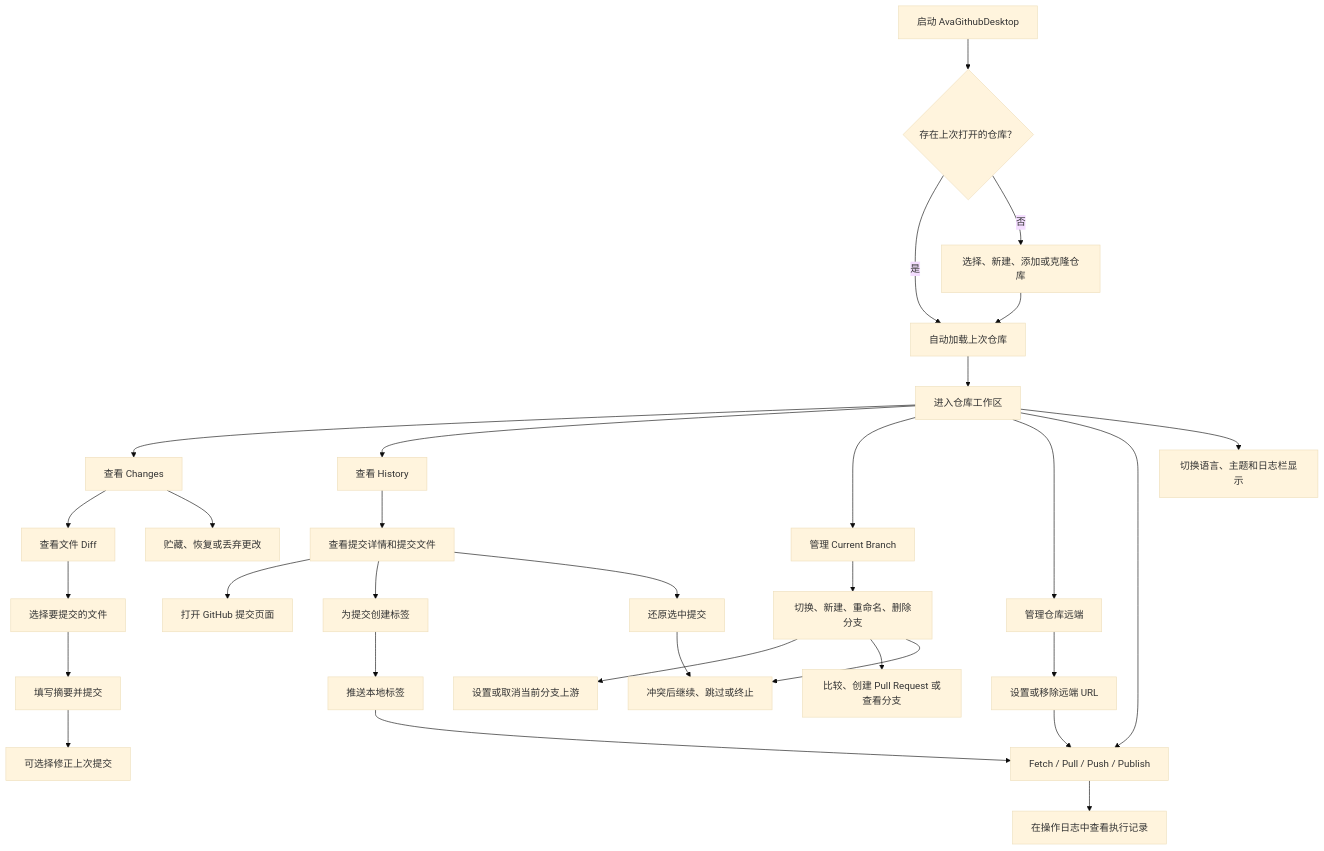
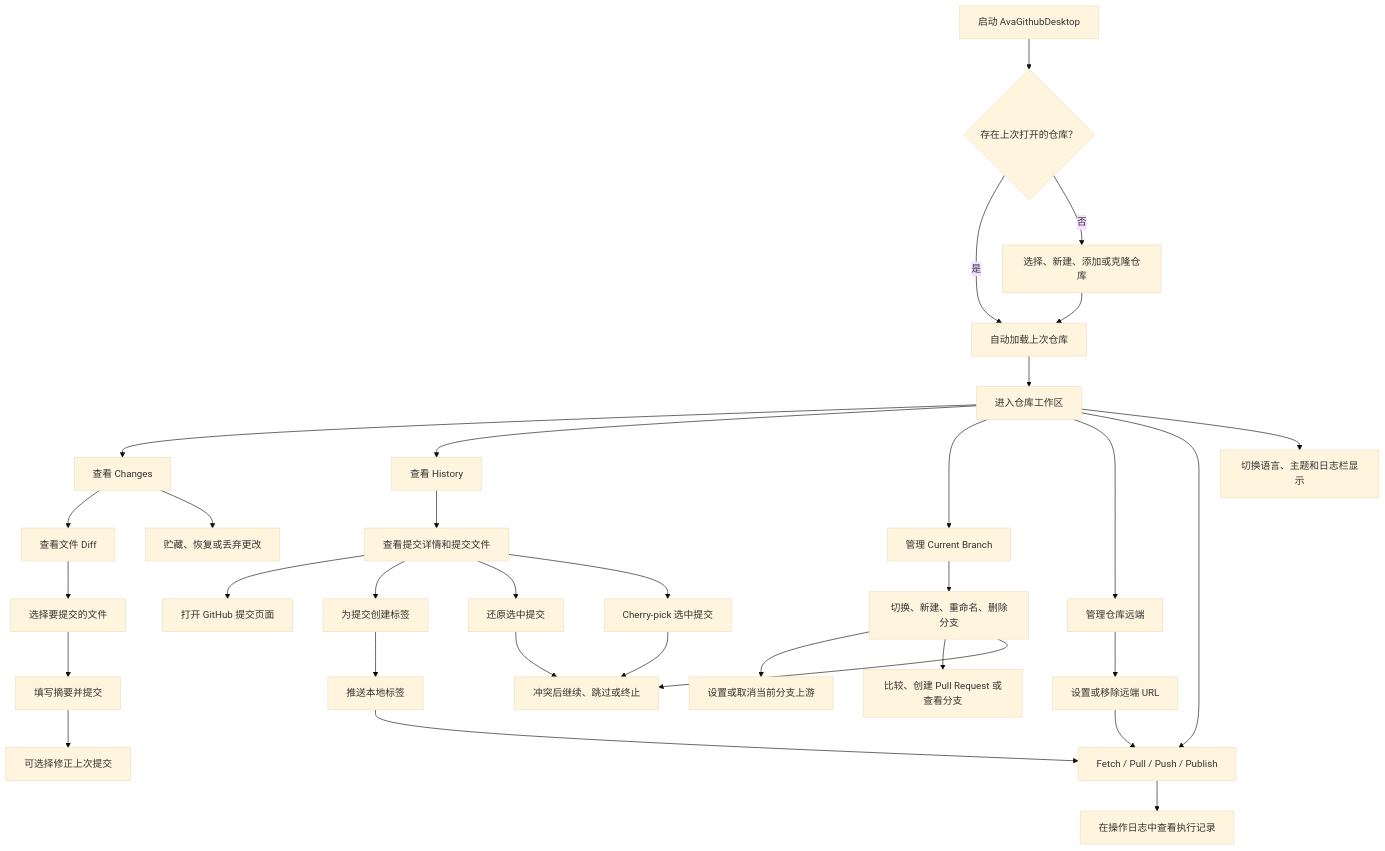
Before and after one commit to dotnet9/AvaGithubDesktop: the diagram in docs/AvaGithubDesktop需求文档.md, drawn with Mermaid (base theme). The commit also changed other lines of this file and 11 other files, not shown here.

Commit message:
feat: add commit cherry-pick action

````diff
--- a/docs/AvaGithubDesktop需求文档.md
+++ b/docs/AvaGithubDesktop需求文档.md
@@ -42,33 +43,35 @@
 ```mermaid
 flowchart TD
     Start["启动 AvaGithubDesktop"] --> Restore{"存在上次打开的仓库？"}
     Restore -->|是| LoadRepo["自动加载上次仓库"]
     Restore -->|否| PickRepo["选择、新建、添加或克隆仓库"]
     PickRepo --> LoadRepo
     LoadRepo --> Workspace["进入仓库工作区"]
     Workspace --> Changes["查看 Changes"]
     Workspace --> History["查看 History"]
     Workspace --> Branch["管理 Current Branch"]
     Workspace --> Remote["管理仓库远端"]
     Workspace --> Sync["Fetch / Pull / Push / Publish"]
     Changes --> ReviewDiff["查看文件 Diff"]
     ReviewDiff --> SelectFiles["选择要提交的文件"]
     SelectFiles --> Commit["填写摘要并提交"]
     Commit --> Amend["可选择修正上次提交"]
     Changes --> Stash["贮藏、恢复或丢弃更改"]
     History --> CommitDetail["查看提交详情和提交文件"]
     CommitDetail --> OpenCommit["打开 GitHub 提交页面"]
     CommitDetail --> CreateTag["为提交创建标签"]
     CommitDetail --> RevertCommit["还原选中提交"]
+    CommitDetail --> CherryPick["Cherry-pick 选中提交"]
     RevertCommit --> ConflictOps
+    CherryPick --> ConflictOps
     Branch --> BranchOps["切换、新建、重命名、删除分支"]
     BranchOps --> UpstreamOps["设置或取消当前分支上游"]
     BranchOps --> BranchGitHub["比较、创建 Pull Request 或查看分支"]
     BranchOps --> ConflictOps["冲突后继续、跳过或终止"]
     Remote --> RemoteOps["设置或移除远端 URL"]
     RemoteOps --> Sync
     CreateTag --> PushTags["推送本地标签"]
     PushTags --> Sync
     Sync --> OperationLog["在操作日志中查看执行记录"]
     Workspace --> Settings["切换语言、主题和日志栏显示"]
 ```
````
